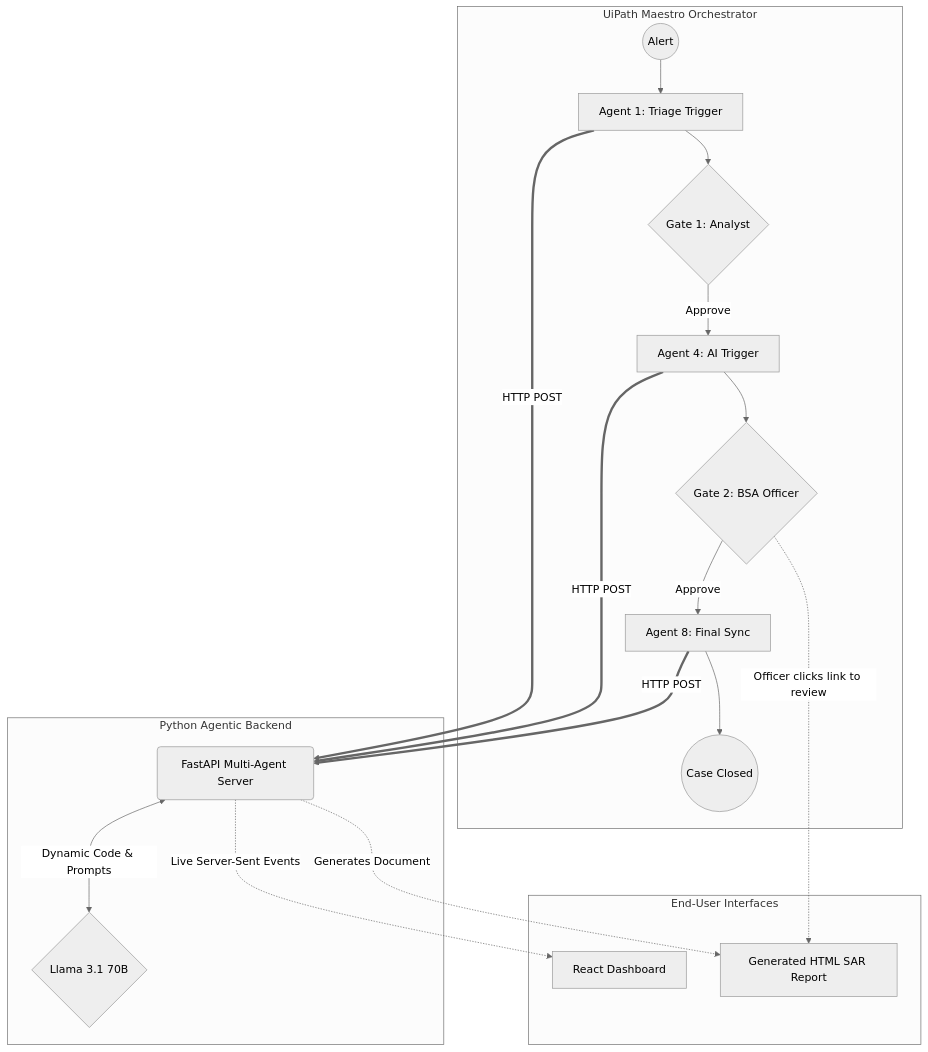
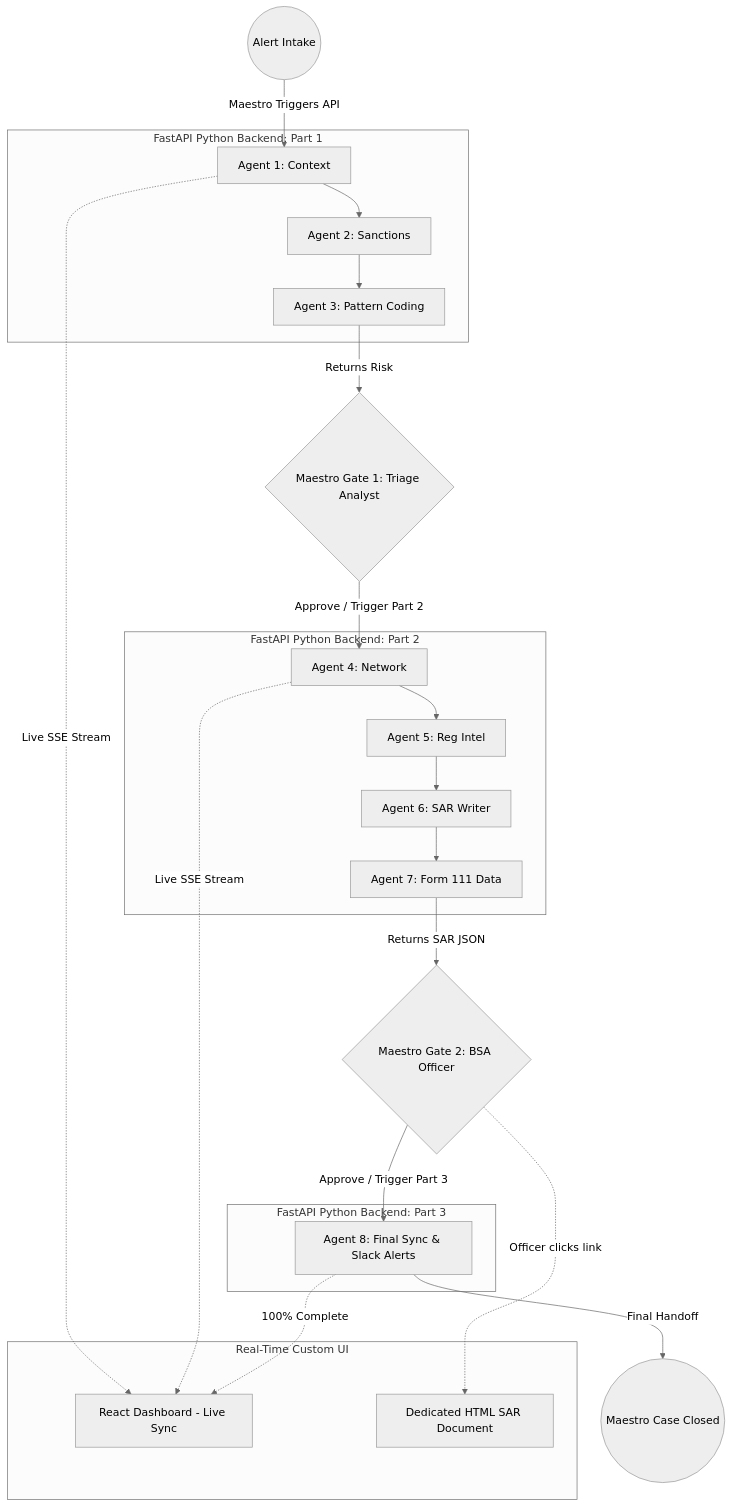
One commit to anilchowdary07/SentinelFin changed the diagram in README.md. Above: the diagram before and after it, drawn with Mermaid (neutral theme).

Commit message:
style: map explicit 8-agent execution interwoven with maestro gates in architecture diagram

````diff
--- a/README.md
+++ b/README.md
@@ -30,35 +30,45 @@
 ```mermaid
 graph TD
-    %% 1. Maestro Orchestrator
-    subgraph UiPath Maestro Orchestrator
-        M1((Alert)) --> M2[Agent 1: Triage Trigger]
-        M2 --> G1{Gate 1: Analyst}
-        G1 -->|Approve| M3[Agent 4: AI Trigger]
-        M3 --> G2{Gate 2: BSA Officer}
-        G2 -->|Approve| M4[Agent 8: Final Sync]
-        M4 --> M5((Case Closed))
+    %% Initial Trigger
+    M_Start((Alert Intake)) -->|Maestro Triggers API| P1
+    
+    %% Backend Part 1
+    subgraph FastAPI Python Backend: Part 1
+        P1[Agent 1: Context] --> P2[Agent 2: Sanctions]
+        P2 --> P3[Agent 3: Pattern Coding]
     end
-
-    %% 2. Python Backend
-    subgraph Python Agentic Backend
-        API(FastAPI Multi-Agent Server)
-        LLM{Llama 3.1 70B}
-        
-        API <-->|Dynamic Code & Prompts| LLM
+    
+    %% First Human Gate
+    P3 -->|Returns Risk| Gate1{Maestro Gate 1: Triage Analyst}
+    Gate1 -->|Approve / Trigger Part 2| P4
+    
+    %% Backend Part 2
+    subgraph FastAPI Python Backend: Part 2
+        P4[Agent 4: Network] --> P5[Agent 5: Reg Intel]
+        P5 --> P6[Agent 6: SAR Writer]
+        P6 --> P7[Agent 7: Form 111 Data]
     end
-
-    %% 3. User Interfaces
-    subgraph End-User Interfaces
-        UI_Dash[React Dashboard]
-        UI_Report[Generated HTML SAR Report]
+    
+    %% Second Human Gate
+    P7 -->|Returns SAR JSON| Gate2{Maestro Gate 2: BSA Officer}
+    Gate2 -->|Approve / Trigger Part 3| P8
+    
+    %% Backend Part 3
+    subgraph FastAPI Python Backend: Part 3
+        P8[Agent 8: Final Sync & Slack Alerts]
     end
-
-    %% Connections (Vertical flow)
-    M2 ==>|HTTP POST| API
-    M3 ==>|HTTP POST| API
-    M4 ==>|HTTP POST| API
-
-    API -.->|Live Server-Sent Events| UI_Dash
-    API -.->|Generates Document| UI_Report
-    G2 -.->|Officer clicks link to review| UI_Report
+    
+    P8 -->|Final Handoff| M_End((Maestro Case Closed))
+    
+    %% Custom UI Integration
+    subgraph Real-Time Custom UI
+        Dash[React Dashboard - Live Sync]
+        Report[Dedicated HTML SAR Document]
+    end
+    
+    %% UI SSE Streams
+    P1 -.->|Live SSE Stream| Dash
+    P4 -.->|Live SSE Stream| Dash
+    P8 -.->|100% Complete| Dash
+    Gate2 -.->|Officer clicks link| Report
 ```
````
